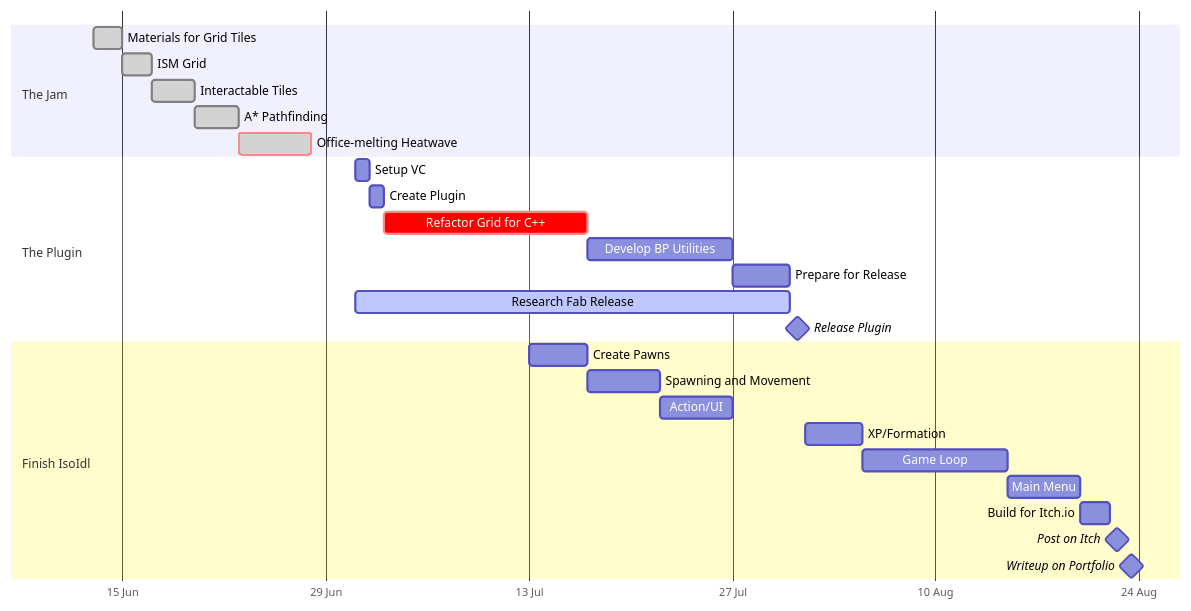
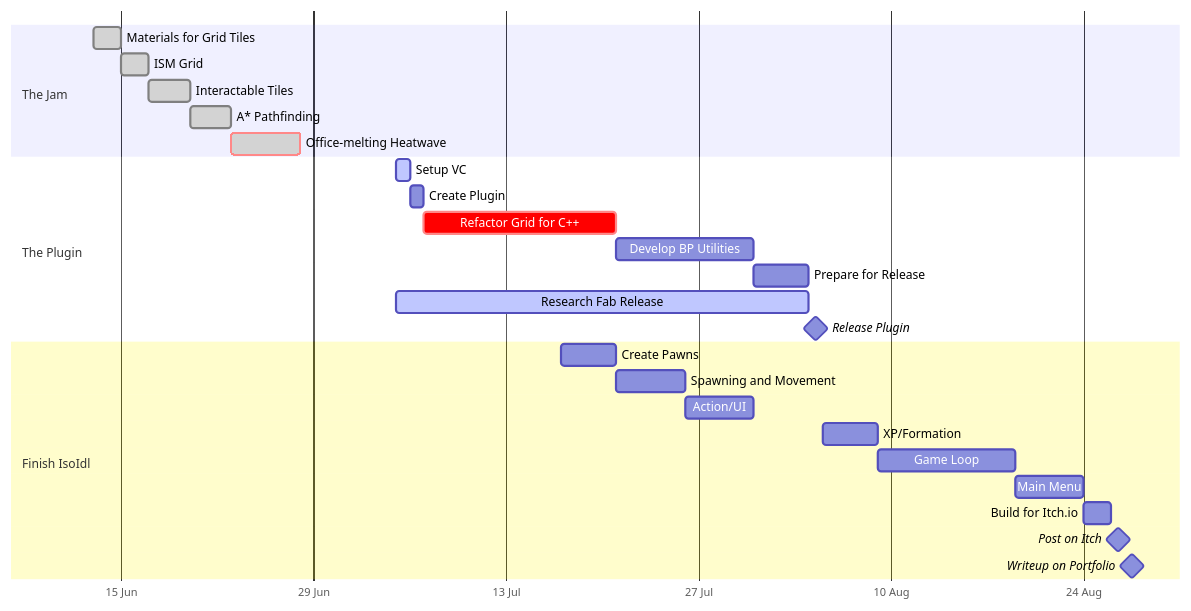
Before and after one commit to ambrosiacvet/quartz-devblog: the diagram in content/June 2025/IsoIdl.md, drawn with Mermaid. The commit also changed 2 other files, not shown here.

Commit message:
Quartz sync: Jul 5, 2025, 4:14 PM

````diff
--- a/content/June 2025/IsoIdl.md
+++ b/content/June 2025/IsoIdl.md
@@ -55,33 +55,33 @@
 ```mermaid
 gantt
     dateFormat  MM-DD-YYYY
     axisFormat  %d %b
     tickInterval 2week
 
     section The Jam
 	Materials for Grid Tiles       :done,     mats,         06-13-2025, 2d
 	ISM Grid                       :done,     grid,         after mats, 2d
 	Interactable Tiles             :done,     interact,     after grid, 3d
 	A* Pathfinding                 :done,     path,         after interact, 3d
 	Office-melting Heatwave        :crit, done, heat,       after path, 5d
 
     section The Plugin
-    Setup VC                       :          vc,           07-01-2025, 1d
+    Setup VC                       :active,   vc,           07-05-2025, 1d
     Create Plugin                  :          plugin,       after vc, 1d
     Refactor Grid for C++          :crit,     refact,       after plugin, 14d
 	Develop BP Utilities           :          util,         after refact, 10d
 	Prepare for Release            :          prep,         after util, 4d
-	Research Fab Release           :active,   research,     07-01-2025, until releasep
+	Research Fab Release           :active,   research,     07-05-2025, until releasep
 	Release Plugin                 :milestone,releasep,     after prep, 1d
 
 	section Finish IsoIdl
-	Create Pawns                   :          pawn,         07-13-2025, until util
+	Create Pawns                   :          pawn,         07-17-2025, until util
 	Spawning and Movement          :          move,         after pawn, 5d
 	Action/UI                      :          ui,           after move, 5d
 	XP/Formation                   :          xp,           after releasep, 4d
 	Game Loop                      :          loop,         after xp, 10d
 	Main Menu                      :          menu,         after loop, 5d
 	Build for Itch.io              :          build,        after menu, 2d
 	Post on Itch                   :milestone,releasei,     after build, 1d
 	Writeup on Portfolio           :milestone,port,         after releasei, 1d
 ```
````
